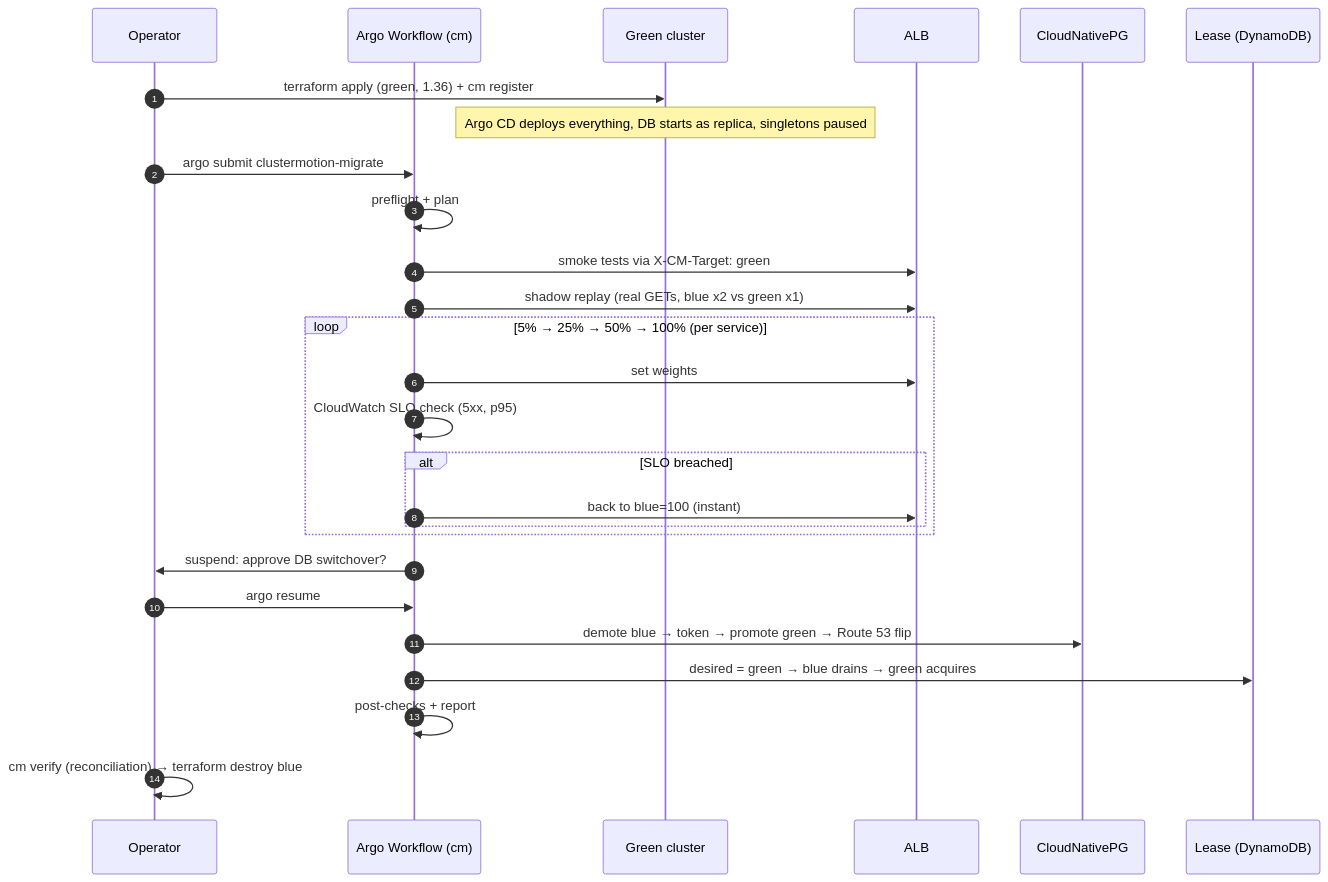
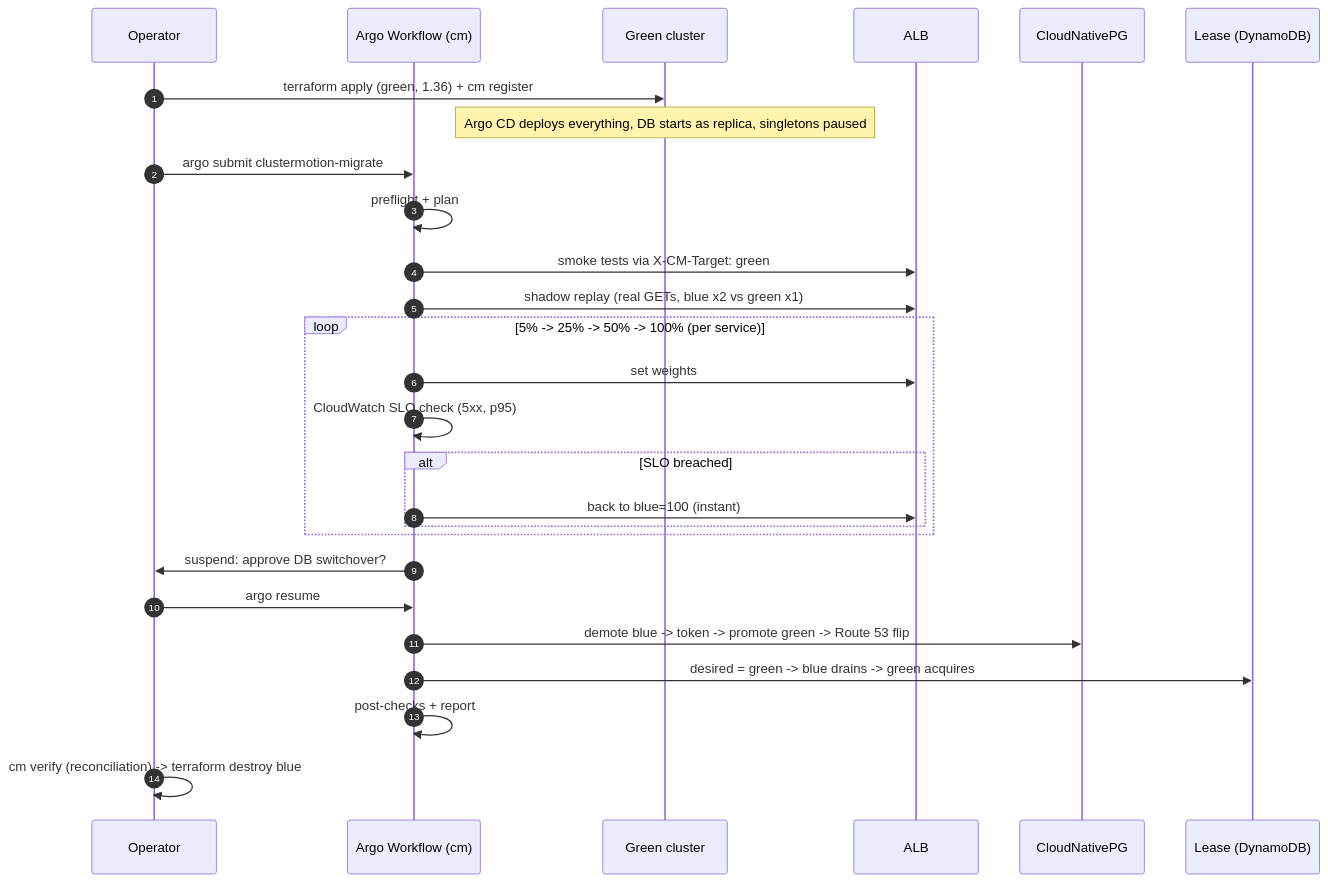
One commit to kaushalpatil205/clustermotion changed the third of 3 diagrams in README.md. Above: the diagram before and after it, drawn with Mermaid. The commit also changed other lines of this file, not shown here.

Commit message:
Replace unicode arrows in mermaid diagram to fix svg element error

````diff
--- a/README.md
+++ b/README.md
@@ -205,29 +205,29 @@
 ```mermaid
 sequenceDiagram
     autonumber
     participant Op as Operator
     participant WF as Argo Workflow (cm)
     participant G as Green cluster
     participant ALB as ALB
     participant DB as CloudNativePG
     participant L as Lease (DynamoDB)
     Op->>G: terraform apply (green, 1.36) + cm register
     Note over G: Argo CD deploys everything, DB starts as replica, singletons paused
     Op->>WF: argo submit clustermotion-migrate
     WF->>WF: preflight + plan
     WF->>ALB: smoke tests via X-CM-Target: green
     WF->>ALB: shadow replay (real GETs, blue x2 vs green x1)
-    loop 5% → 25% → 50% → 100% (per service)
+    loop 5% -> 25% -> 50% -> 100% (per service)
         WF->>ALB: set weights
         WF->>WF: CloudWatch SLO check (5xx, p95)
         alt SLO breached
             WF->>ALB: back to blue=100 (instant)
         end
     end
     WF->>Op: suspend: approve DB switchover?
     Op->>WF: argo resume
-    WF->>DB: demote blue → token → promote green → Route 53 flip
-    WF->>L: desired = green → blue drains → green acquires
+    WF->>DB: demote blue -> token -> promote green -> Route 53 flip
+    WF->>L: desired = green -> blue drains -> green acquires
     WF->>WF: post-checks + report
-    Op->>Op: cm verify (reconciliation) → terraform destroy blue
+    Op->>Op: cm verify (reconciliation) -> terraform destroy blue
 ```
````
